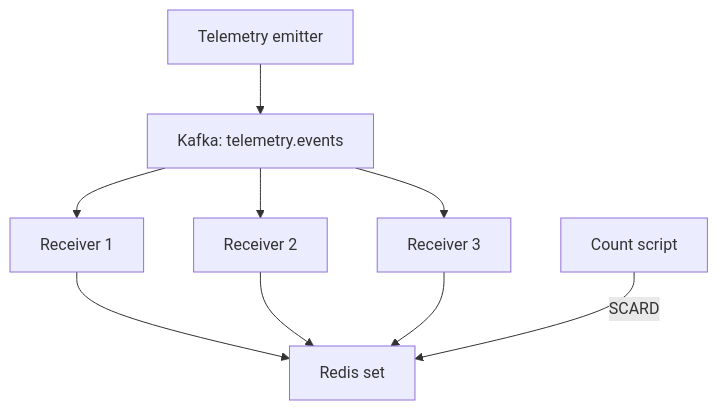
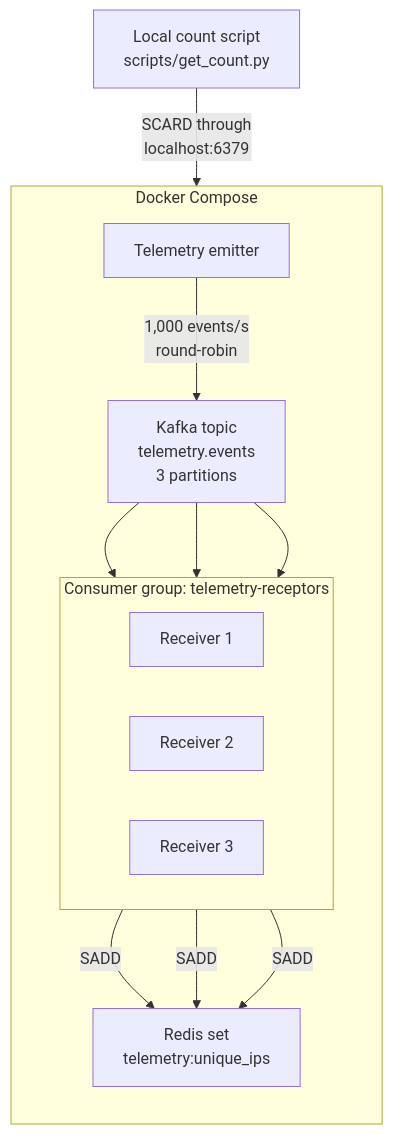
Before and after one commit to CepedaBrayan/lumu-telemetry-tracker: the diagram in README.md, drawn with Mermaid. The commit also changed 1 other file, not shown here.

Commit message:
Latest changes

````diff
--- a/README.md
+++ b/README.md
@@ -17,11 +17,31 @@
 ```mermaid
 flowchart TD
-    E["Telemetry emitter"] --> K["Kafka: telemetry.events"]
-    K --> A["Receiver 1"]
-    K --> B["Receiver 2"]
-    K --> C["Receiver 3"]
-    A --> R["Redis set"]
-    B --> R
-    C --> R
-    S["Count script"] -->|SCARD| R
+    subgraph COMPOSE["Docker Compose"]
+        direction TD
+
+        E["Telemetry emitter"]
+        K["Kafka topic<br/>telemetry.events<br/>3 partitions"]
+
+        subgraph GROUP["Consumer group: telemetry-receptors"]
+            direction LR
+            A["Receiver 1"]
+            B["Receiver 2"]
+            C["Receiver 3"]
+        end
+
+        R["Redis set<br/>telemetry:unique_ips"]
+
+        E -->|"1,000 events/s<br/>round-robin"| K
+        K --> A
+        K --> B
+        K --> C
+
+        A -->|"SADD"| R
+        B -->|"SADD"| R
+        C -->|"SADD"| R
+    end
+
+    S["Local count script<br/>scripts/get_count.py"]
+
+    S -->|"SCARD through<br/>localhost:6379"| R
 ```
````
